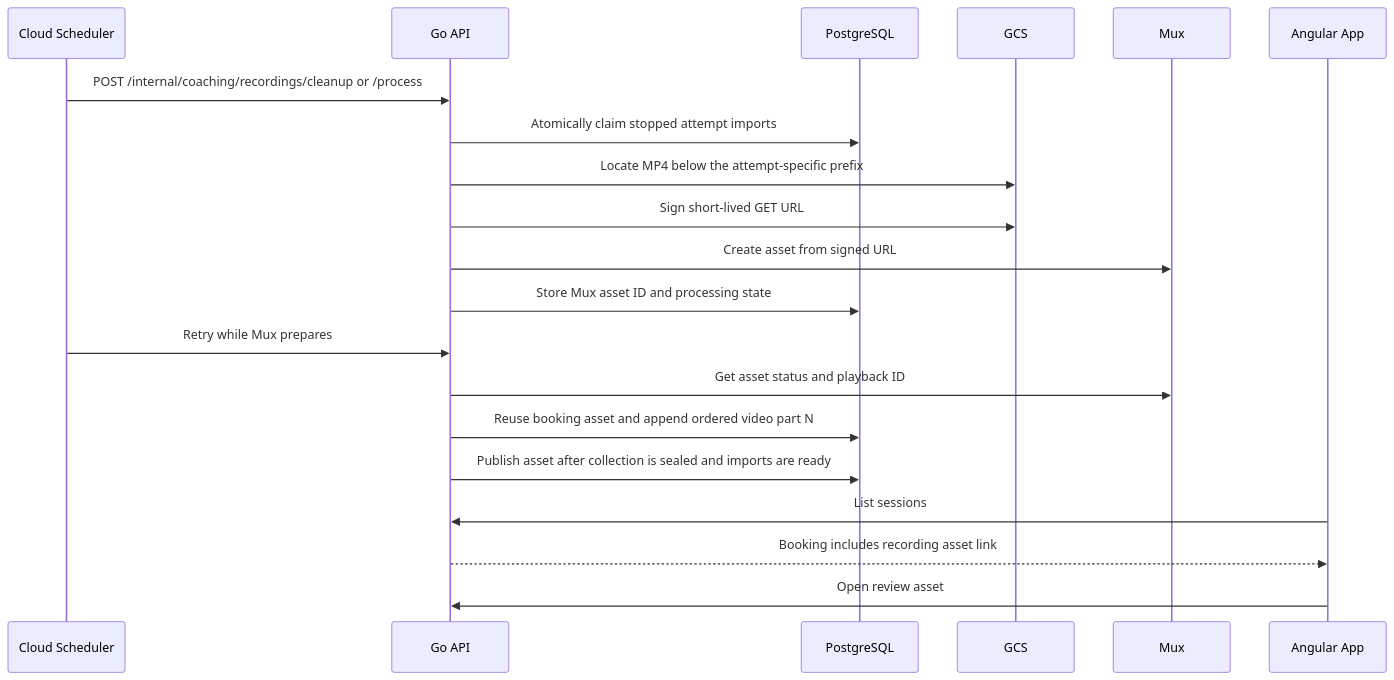
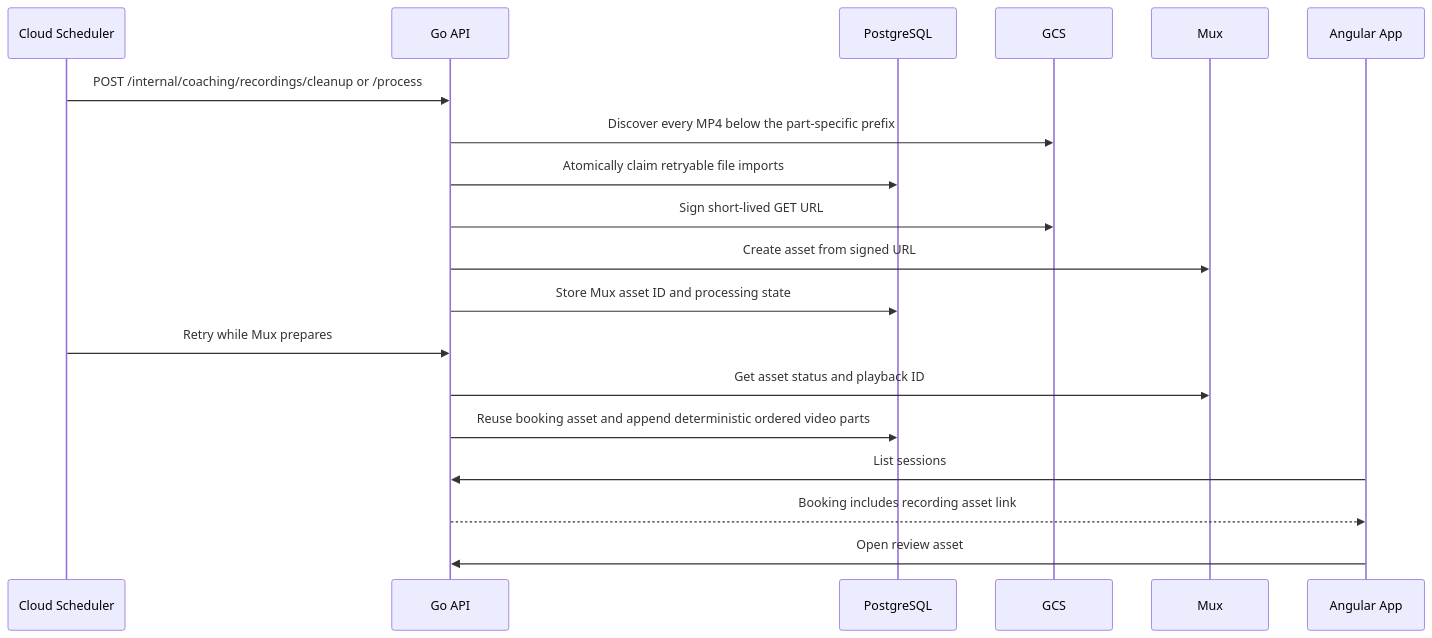
The sixth of 10 diagrams in README.md (OZIOisgood/zeta), drawn with Mermaid before and after one commit. The commit also changed other lines of this file and 27 other files, not shown here.

````diff
--- a/README.md
+++ b/README.md
@@ -367,23 +369,22 @@
 ```mermaid
 sequenceDiagram
     participant S as Cloud Scheduler
     participant A as Go API
     participant D as PostgreSQL
     participant G as GCS
     participant M as Mux
     participant W as Angular App
 
     S->>A: POST /internal/coaching/recordings/cleanup or /process
-    A->>D: Atomically claim stopped attempt imports
-    A->>G: Locate MP4 below the attempt-specific prefix
+    A->>G: Discover every MP4 below the part-specific prefix
+    A->>D: Atomically claim retryable file imports
     A->>G: Sign short-lived GET URL
     A->>M: Create asset from signed URL
     A->>D: Store Mux asset ID and processing state
     S->>A: Retry while Mux prepares
     A->>M: Get asset status and playback ID
-    A->>D: Reuse booking asset and append ordered video part N
-    A->>D: Publish asset after collection is sealed and imports are ready
+    A->>D: Reuse booking asset and append deterministic ordered video parts
     W->>A: List sessions
     A-->>W: Booking includes recording asset link
     W->>A: Open review asset
 ```
````
